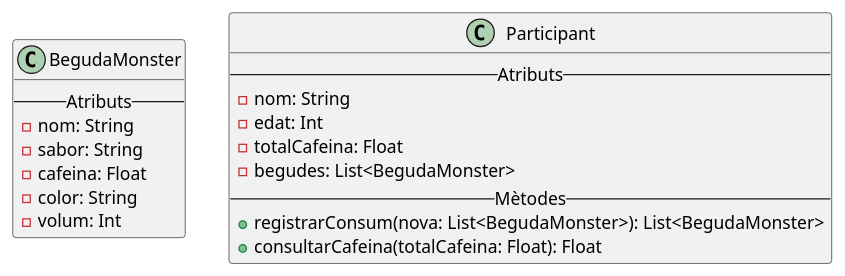
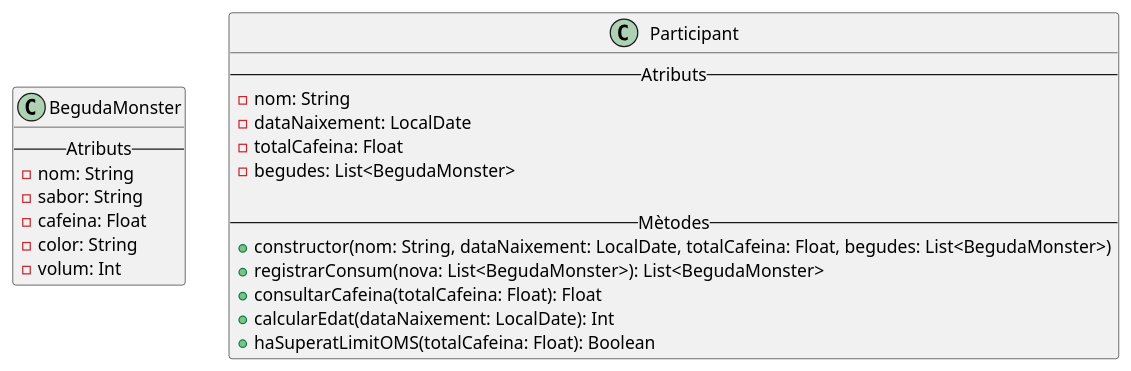
One commit to Dani-Alarcon/M5-A08-Disseny-de-diagrames-Classes-Dani-Alarcon changed the diagram in src/main/kotlin/uml/Exercici3-Monster.puml. Above: the diagram before and after it, drawn with PlantUML. The commit also changed 3 other files, not shown here.

```diff
--- a/src/main/kotlin/uml/Exercici3-Monster.puml
+++ b/src/main/kotlin/uml/Exercici3-Monster.puml
@@ -1,24 +1,28 @@
 @startuml
 'https://plantuml.com/class-diagram
 
 class BegudaMonster {
     -- Atributs --
     - nom: String
     - sabor: String
     - cafeina: Float
     - color: String
     - volum: Int
 }
 
 class Participant {
     -- Atributs --
     - nom: String
-    - edat: Int
+    - dataNaixement: LocalDate
     - totalCafeina: Float
     - begudes: List<BegudaMonster>
+
     -- Mètodes --
+    + constructor(nom: String, dataNaixement: LocalDate, totalCafeina: Float, begudes: List<BegudaMonster>)
     + registrarConsum(nova: List<BegudaMonster>): List<BegudaMonster>
     + consultarCafeina(totalCafeina: Float): Float
+    + calcularEdat(dataNaixement: LocalDate): Int
+    + haSuperatLimitOMS(totalCafeina: Float): Boolean
 }
 
 @enduml
```
